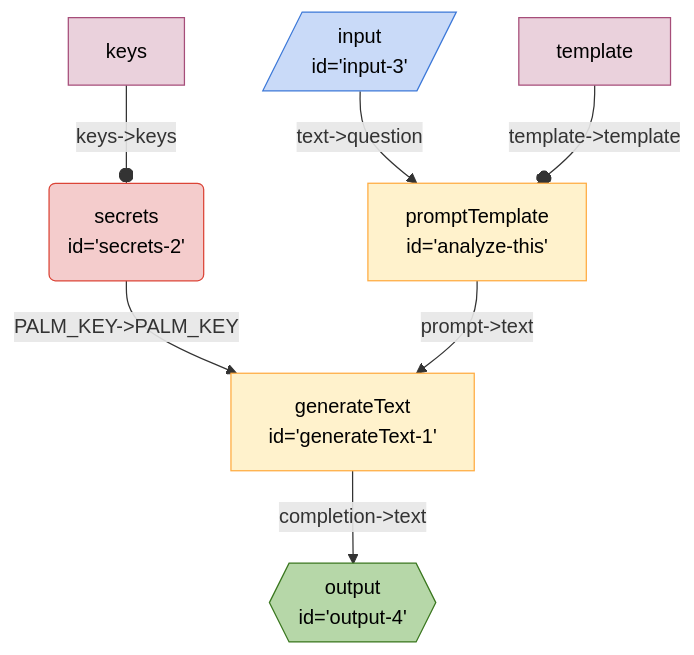
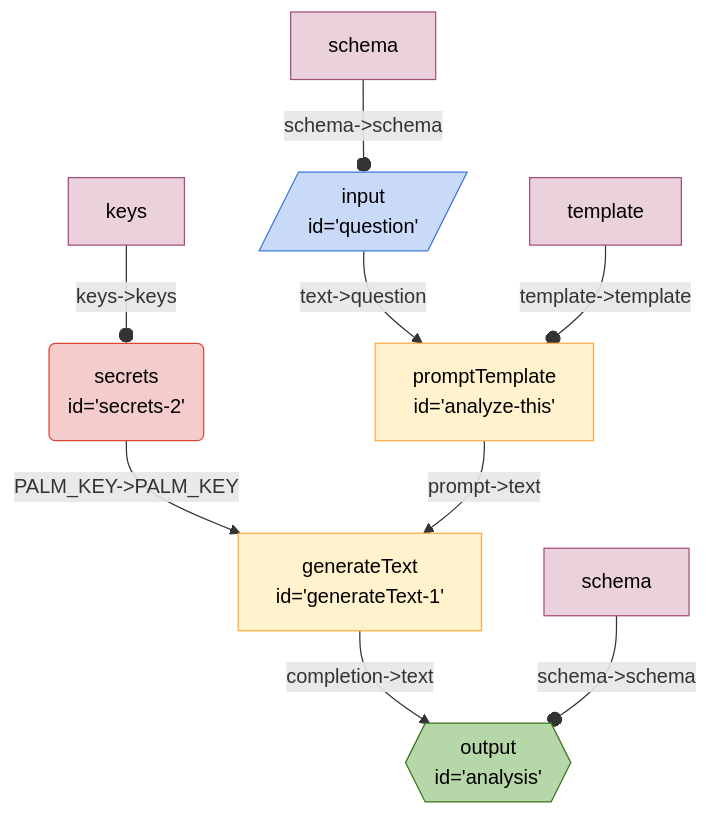
Before and after one commit to breadboard-ai/breadboard: the diagram in seeds/graph-playground/docs/graphs/simple-prompt.md, drawn with Mermaid. The commit also changed 2 other files, not shown here.

Commit message:
[graph-playground] Update `simple prompt` with metadata and schemas.

````diff
--- a/seeds/graph-playground/docs/graphs/simple-prompt.md
+++ b/seeds/graph-playground/docs/graphs/simple-prompt.md
@@ -5,18 +5,20 @@
   ```mermaid
   %%{init: 'themeVariables': { 'fontFamily': 'Fira Code, monospace' }}%%
 graph TD;
 secrets2("secrets <br> id='secrets-2'"):::secrets -- "PALM_KEY->PALM_KEY" --> generateText1["generateText <br> id='generateText-1'"]
-generateText1["generateText <br> id='generateText-1'"] -- "completion->text" --> output4{{"output <br> id='output-4'"}}:::output
+generateText1["generateText <br> id='generateText-1'"] -- "completion->text" --> analysis{{"output <br> id='analysis'"}}:::output
 analyzethis["promptTemplate <br> id='analyze-this'"] -- "prompt->text" --> generateText1["generateText <br> id='generateText-1'"]
-input3[/"input <br> id='input-3'"/]:::input -- "text->question" --> analyzethis["promptTemplate <br> id='analyze-this'"]
+question[/"input <br> id='question'"/]:::input -- "text->question" --> analyzethis["promptTemplate <br> id='analyze-this'"]
 keyssecrets2[keys]:::config -- "keys->keys" --o secrets2
+schemaquestion[schema]:::config -- "schema->schema" --o question
 templateanalyzethis[template]:::config -- "template->template" --o analyzethis
+schemaanalysis[schema]:::config -- "schema->schema" --o analysis
 classDef default stroke:#ffab40,fill:#fff2ccff,color:#000
 classDef input stroke:#3c78d8,fill:#c9daf8ff,color:#000
 classDef output stroke:#38761d,fill:#b6d7a8ff,color:#000
 classDef passthrough stroke:#a64d79,fill:#ead1dcff,color:#000
 classDef slot stroke:#a64d79,fill:#ead1dcff,color:#000
 classDef config stroke:#a64d79,fill:#ead1dcff,color:#000
 classDef secrets stroke:#db4437,fill:#f4cccc,color:#000
 classDef slotted stroke:#a64d79
   ```
````
